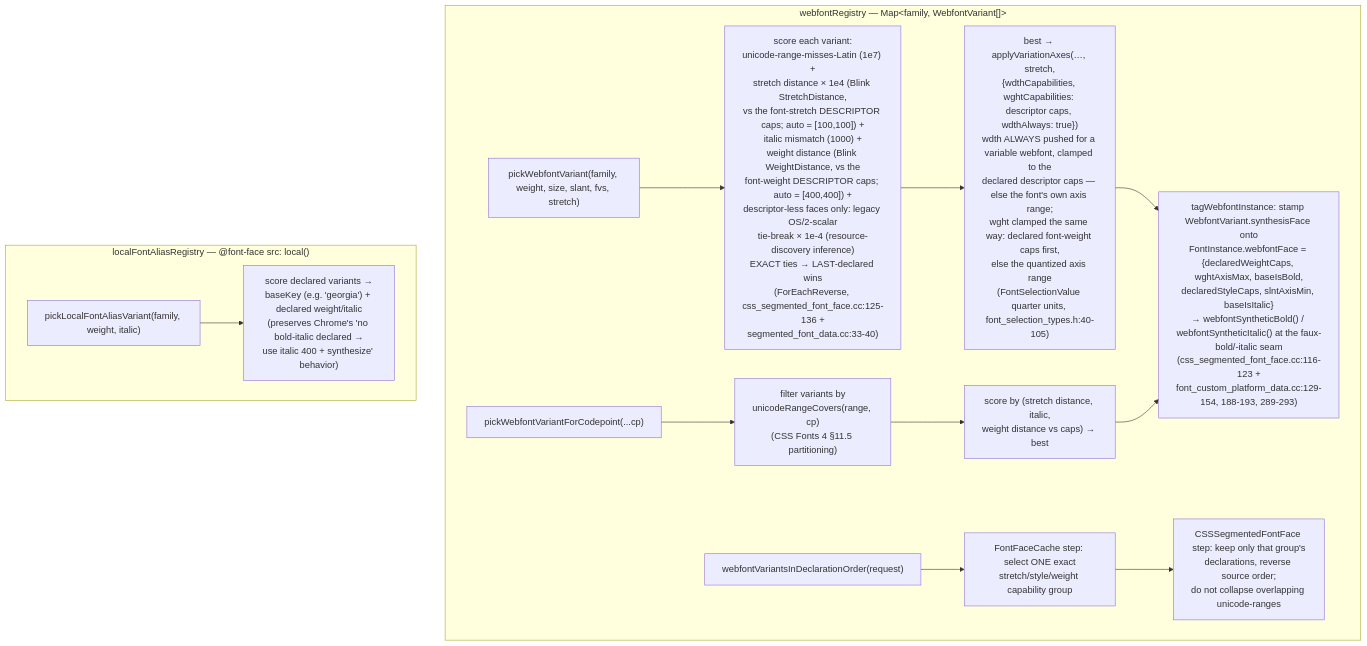
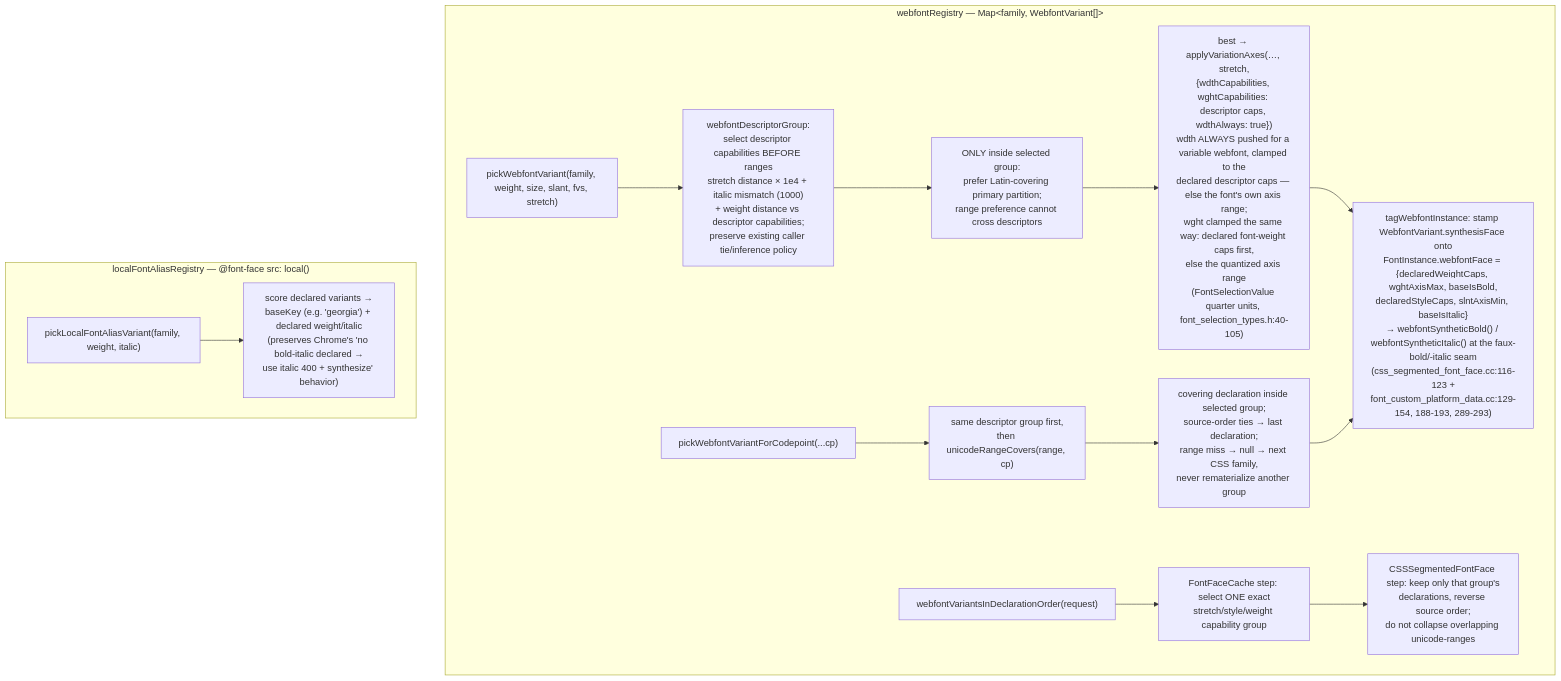
The fifth of 13 diagrams in docs/font-resolution-diagram.md (brianwestphal/domotion), drawn with Mermaid before and after one commit. The commit also changed other lines of this file and 14 other files, not shown here.

Commit message:
DM-7QQPJA Select font descriptor groups before Unicode ranges

````diff
--- a/docs/font-resolution-diagram.md
+++ b/docs/font-resolution-diagram.md
@@ -1093,16 +1093,17 @@
 ```mermaid
 flowchart TD
   subgraph WF["webfontRegistry — Map&lt;family, WebfontVariant[]&gt;"]
-    W0["pickWebfontVariant(family, weight, size, slant, fvs, stretch)"] --> W1["score each variant:<br/>unicode-range-misses-Latin (1e7) +<br/>stretch distance × 1e4 (Blink StretchDistance,<br/>vs the font-stretch DESCRIPTOR caps; auto = [100,100]) +<br/>italic mismatch (1000) +<br/>weight distance (Blink WeightDistance, vs the<br/>font-weight DESCRIPTOR caps; auto = [400,400]) +<br/>descriptor-less faces only: legacy OS/2-scalar<br/>tie-break × 1e-4 (resource-discovery inference)<br/>EXACT ties → LAST-declared wins<br/>(ForEachReverse, css_segmented_font_face.cc:125-136 +<br/>segmented_font_data.cc:33-40)"]
-    W1 --> W2["best → applyVariationAxes(…, stretch,<br/>{wdthCapabilities, wghtCapabilities: descriptor caps, wdthAlways: true})<br/>wdth ALWAYS pushed for a variable webfont, clamped to the<br/>declared descriptor caps — else the font's own axis range;<br/>wght clamped the same way: declared font-weight caps first,<br/>else the quantized axis range<br/>(FontSelectionValue quarter units, font_selection_types.h:40-105)"]
+    W0["pickWebfontVariant(family, weight, size, slant, fvs, stretch)"] --> W1["webfontDescriptorGroup:<br/>select descriptor capabilities BEFORE ranges<br/>stretch distance × 1e4 + italic mismatch (1000)<br/>+ weight distance vs descriptor capabilities;<br/>preserve existing caller tie/inference policy"]
+    W1 --> WL["ONLY inside selected group:<br/>prefer Latin-covering primary partition;<br/>range preference cannot cross descriptors"]
+    WL --> W2["best → applyVariationAxes(…, stretch,<br/>{wdthCapabilities, wghtCapabilities: descriptor caps, wdthAlways: true})<br/>wdth ALWAYS pushed for a variable webfont, clamped to the<br/>declared descriptor caps — else the font's own axis range;<br/>wght clamped the same way: declared font-weight caps first,<br/>else the quantized axis range<br/>(FontSelectionValue quarter units, font_selection_types.h:40-105)"]
     W2 --> W3["tagWebfontInstance: stamp WebfontVariant.synthesisFace onto<br/>FontInstance.webfontFace = {declaredWeightCaps, wghtAxisMax, baseIsBold,<br/>declaredStyleCaps, slntAxisMin, baseIsItalic}<br/>→ webfontSyntheticBold() / webfontSyntheticItalic() at the faux-bold/-italic seam<br/>(css_segmented_font_face.cc:116-123 +<br/>font_custom_platform_data.cc:129-154, 188-193, 289-293)"]
-    P0["pickWebfontVariantForCodepoint(...cp)"] --> P1["filter variants by<br/>unicodeRangeCovers(range, cp)<br/>(CSS Fonts 4 §11.5 partitioning)"]
-    P1 --> P2["score by (stretch distance, italic,<br/>weight distance vs caps) → best"]
+    P0["pickWebfontVariantForCodepoint(...cp)"] --> P1["same descriptor group first,<br/>then unicodeRangeCovers(range, cp)"]
+    P1 --> P2["covering declaration inside selected group;<br/>source-order ties → last declaration;<br/>range miss → null → next CSS family,<br/>never rematerialize another group"]
     P2 --> W3
     S0["webfontVariantsInDeclarationOrder(request)"] --> S1["FontFaceCache step: select ONE exact<br/>stretch/style/weight capability group"]
     S1 --> S2["CSSSegmentedFontFace step: keep only that group's<br/>declarations, reverse source order;<br/>do not collapse overlapping unicode-ranges"]
   end
   subgraph LA["localFontAliasRegistry — @font-face src: local()"]
     LA0["pickLocalFontAliasVariant(family, weight, italic)"] --> LA1["score declared variants →<br/>baseKey (e.g. 'georgia') + declared weight/italic<br/>(preserves Chrome's 'no bold-italic declared →<br/>use italic 400 + synthesize' behavior)"]
   end
 ```
````
